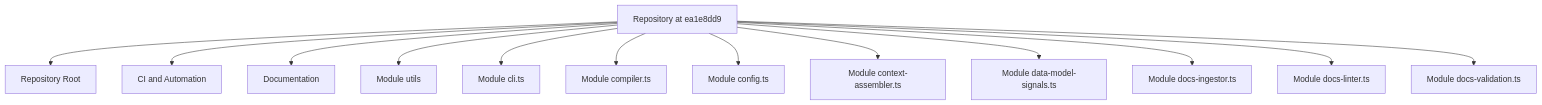
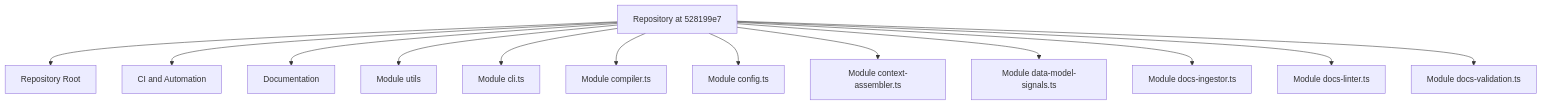
The diagram in Architecture.md (mfittko/repo-wiki), drawn with Mermaid before and after one commit. The commit also changed other lines of this file and 41 other files, not shown here.

````diff
--- a/Architecture.md
+++ b/Architecture.md
@@ -14,16 +14,16 @@
 ```mermaid
 flowchart TD
-  Repo[Repository at ea1e8dd9]
+  Repo[Repository at 528199e7]
   Repo --> M0[Repository Root]
   Repo --> M1[CI and Automation]
   Repo --> M2[Documentation]
   Repo --> M3[Module utils]
   Repo --> M4[Module cli.ts]
   Repo --> M5[Module compiler.ts]
   Repo --> M6[Module config.ts]
   Repo --> M7[Module context-assembler.ts]
   Repo --> M8[Module data-model-signals.ts]
   Repo --> M9[Module docs-ingestor.ts]
   Repo --> M10[Module docs-linter.ts]
   Repo --> M11[Module docs-validation.ts]
 ```
````
